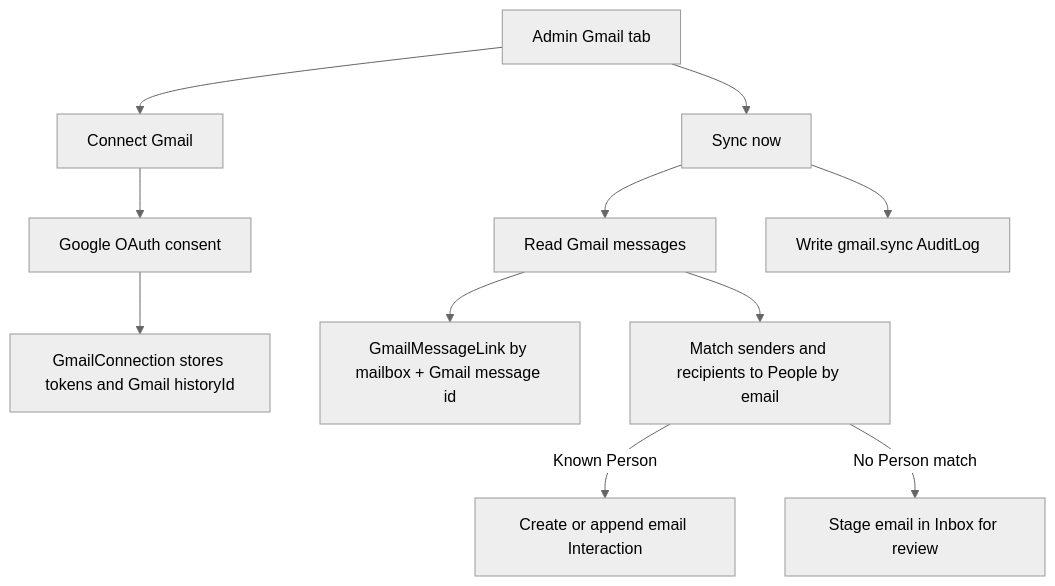
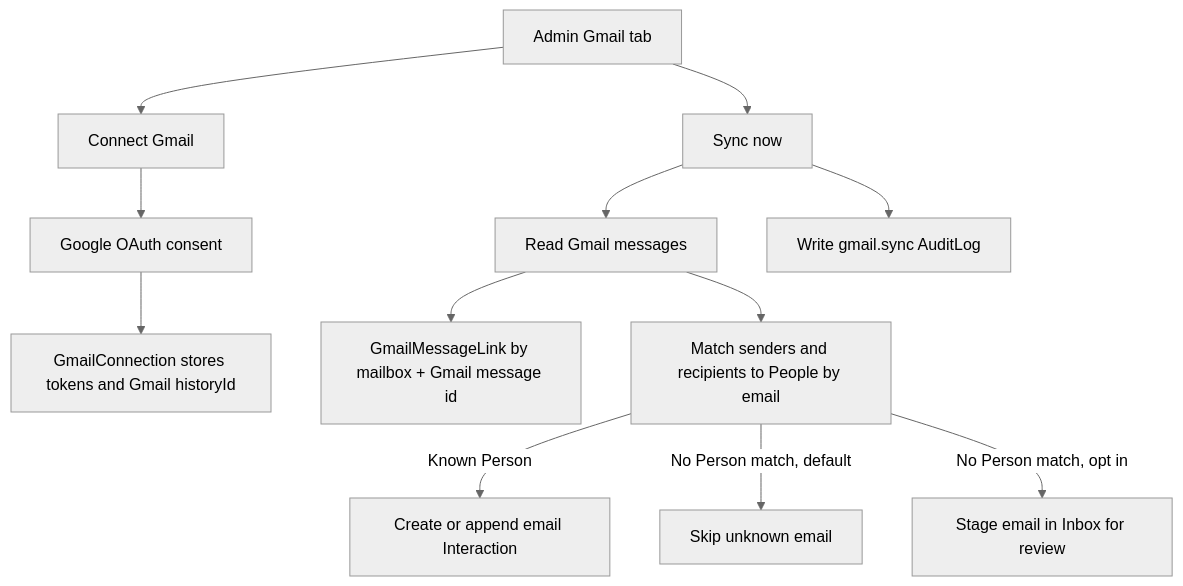
The seventh of 18 diagrams in docs/PERSONS_ARCHITECTURE.md (josephdfryer/life-os), drawn with Mermaid (neutral theme) before and after one commit. The commit also changed other lines of this file and 3 other files, not shown here.

````diff
--- a/docs/PERSONS_ARCHITECTURE.md
+++ b/docs/PERSONS_ARCHITECTURE.md
@@ -210,13 +210,14 @@
 ```mermaid
 flowchart TD
   Admin["Admin Gmail tab"] --> Connect["Connect Gmail"]
   Connect --> OAuth["Google OAuth consent"]
   OAuth --> Connection["GmailConnection stores tokens and Gmail historyId"]
   Admin --> Sync["Sync now"]
   Sync --> GmailMessages["Read Gmail messages"]
   GmailMessages --> Link["GmailMessageLink by mailbox + Gmail message id"]
   GmailMessages --> Match["Match senders and recipients to People by email"]
   Match -->|Known Person| Interaction["Create or append email Interaction"]
-  Match -->|No Person match| Inbox["Stage email in Inbox for review"]
+  Match -->|No Person match, default| Skip["Skip unknown email"]
+  Match -->|No Person match, opt in| Inbox["Stage email in Inbox for review"]
   Sync --> Audit["Write gmail.sync AuditLog"]
 ```
````
